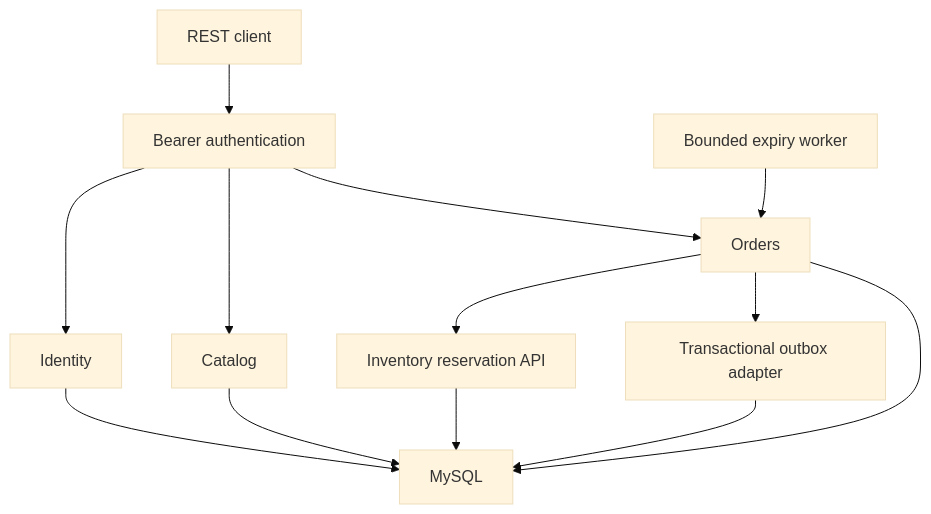
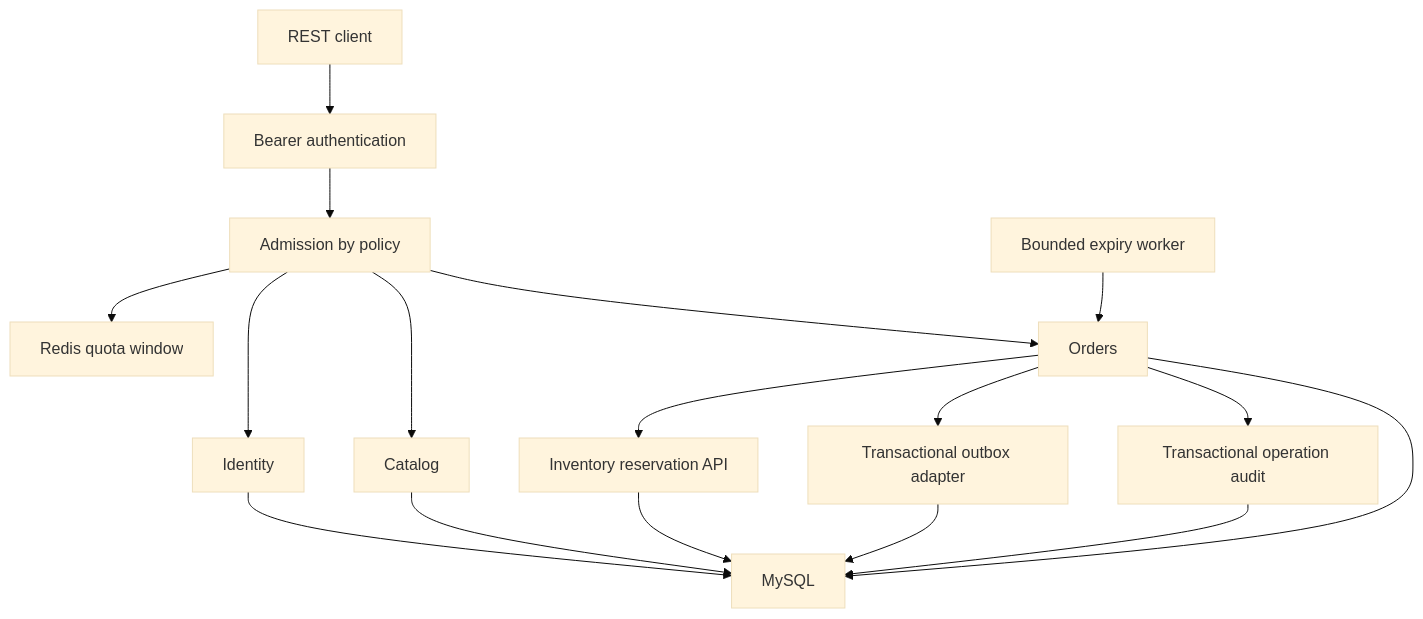
One commit to lucianoLattante/commerceflow changed the diagram in docs/ARCHITECTURE.md. Above: the diagram before and after it, drawn with Mermaid (base theme). The commit also changed other lines of this file and 9 other files, not shown here.

Commit message:
docs: record verified Redis admission and transactional audit evidence

````diff
--- a/docs/ARCHITECTURE.md
+++ b/docs/ARCHITECTURE.md
@@ -5,15 +5,19 @@
 ```mermaid
 flowchart TD
   Client["REST client"] --> Security["Bearer authentication"]
-  Security --> Identity["Identity"]
-  Security --> Catalog["Catalog"]
-  Security --> Orders["Orders"]
+  Security --> Admission["Admission by policy"]
+  Admission --> Redis["Redis quota window"]
+  Admission --> Identity["Identity"]
+  Admission --> Catalog["Catalog"]
+  Admission --> Orders["Orders"]
   Expiry["Bounded expiry worker"] --> Orders
   Orders --> Inventory["Inventory reservation API"]
   Orders --> Outbox["Transactional outbox adapter"]
+  Orders --> Audit["Transactional operation audit"]
+  Audit --> DB
   Inventory --> DB["MySQL"]
   Catalog --> DB
   Identity --> DB
   Orders --> DB
   Outbox --> DB
 ```
````
